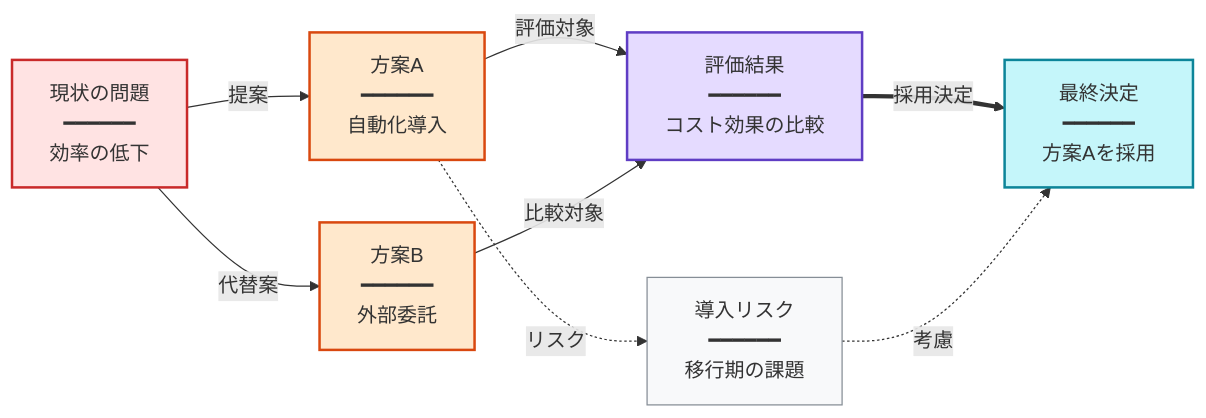
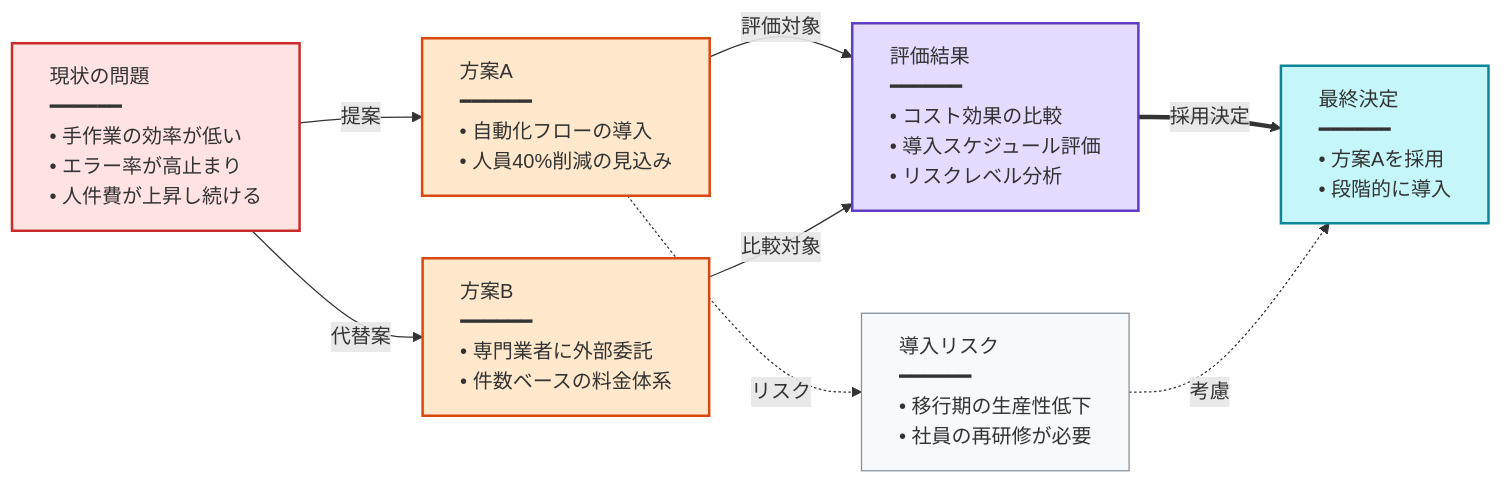
The second of 2 diagrams in prompts/builtin/mermaid-ja.md (kouko/youtube-summarize-scraper), drawn with Mermaid before and after one commit. The commit also changed other lines of this file and 2 other files, not shown here.

First line of the commit message:
feat: mermaid bullet list nodes, left-align, and layout improvements (#36)

````diff
--- a/prompts/builtin/mermaid-ja.md
+++ b/prompts/builtin/mermaid-ja.md
@@ -60,16 +61,16 @@
 ```mermaid
 graph LR
-H["現状の問題<br/>━━━━━━<br/>効率の低下"] -->|提案| I["方案A<br/>━━━━━━<br/>自動化導入"]
-H -->|代替案| J["方案B<br/>━━━━━━<br/>外部委託"]
-I -->|評価対象| K["評価結果<br/>━━━━━━<br/>コスト効果の比較"]
+H["<div style='text-align:left'>現状の問題<br/>━━━━━━<br/>• 手作業の効率が低い<br/>• エラー率が高止まり<br/>• 人件費が上昇し続ける</div>"] -->|提案| I["<div style='text-align:left'>方案A<br/>━━━━━━<br/>• 自動化フローの導入<br/>• 人員40%削減の見込み</div>"]
+H -->|代替案| J["<div style='text-align:left'>方案B<br/>━━━━━━<br/>• 専門業者に外部委託<br/>• 件数ベースの料金体系</div>"]
+I -->|評価対象| K["<div style='text-align:left'>評価結果<br/>━━━━━━<br/>• コスト効果の比較<br/>• 導入スケジュール評価<br/>• リスクレベル分析</div>"]
 J -->|比較対象| K
-K ==>|採用決定| L["最終決定<br/>━━━━━━<br/>方案Aを採用"]
-I -.->|リスク| M["導入リスク<br/>━━━━━━<br/>移行期の課題"]
+K ==>|採用決定| L["<div style='text-align:left'>最終決定<br/>━━━━━━<br/>• 方案Aを採用<br/>• 段階的に導入</div>"]
+I -.->|リスク| M["<div style='text-align:left'>導入リスク<br/>━━━━━━<br/>• 移行期の生産性低下<br/>• 社員の再研修が必要</div>"]
 M -.->|考慮| L
 style H fill:#ffe3e3,stroke:#c92a2a,stroke-width:2px
 style I fill:#ffe8cc,stroke:#d9480f,stroke-width:2px
 style J fill:#ffe8cc,stroke:#d9480f,stroke-width:2px
 style K fill:#e5dbff,stroke:#5f3dc4,stroke-width:2px
 style L fill:#c5f6fa,stroke:#0c8599,stroke-width:2px
 style M fill:#f8f9fa,stroke:#868e96,stroke-width:1px
 ```
````
